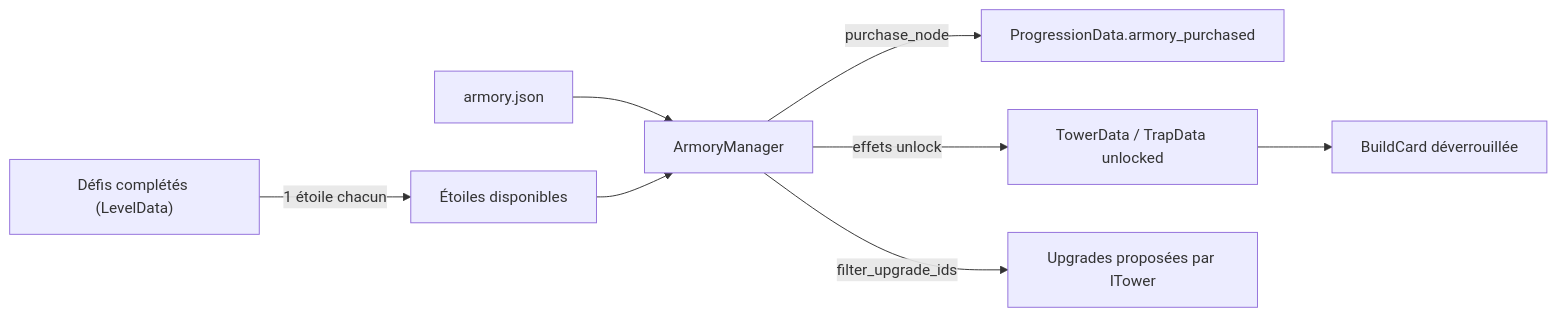
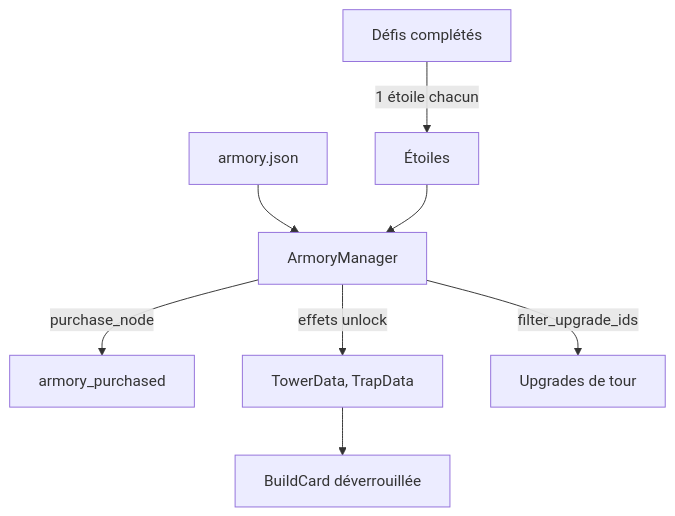
The diagram in src/content/docs/development/models/armory-model.md (Cat-aclsym/documentation), drawn with Mermaid before and after one commit. The commit also changed 51 other files, not shown here.

Commit message:
docs: Add game sprites, Starlight components and simpler diagrams, with green links and an indented sidebar.

````diff
--- a/src/content/docs/development/models/armory-model.md
+++ b/src/content/docs/development/models/armory-model.md
@@ -18,10 +18,10 @@
 ```mermaid
-flowchart LR
-	D["Défis complétés (LevelData)"] -->|1 étoile chacun| E[Étoiles disponibles]
-	J["armory.json"] --> M[ArmoryManager]
+flowchart TB
+	D[Défis complétés] -->|1 étoile chacun| E[Étoiles]
+	J[armory.json] --> M[ArmoryManager]
 	E --> M
-	M -->|purchase_node| P["ProgressionData.armory_purchased"]
-	M -->|effets unlock| U["TowerData / TrapData unlocked"]
+	M -->|purchase_node| P[armory_purchased]
+	M -->|effets unlock| U[TowerData, TrapData]
 	U --> C[BuildCard déverrouillée]
-	M -->|filter_upgrade_ids| G[Upgrades proposées par ITower]
+	M -->|filter_upgrade_ids| G[Upgrades de tour]
 ```
````
